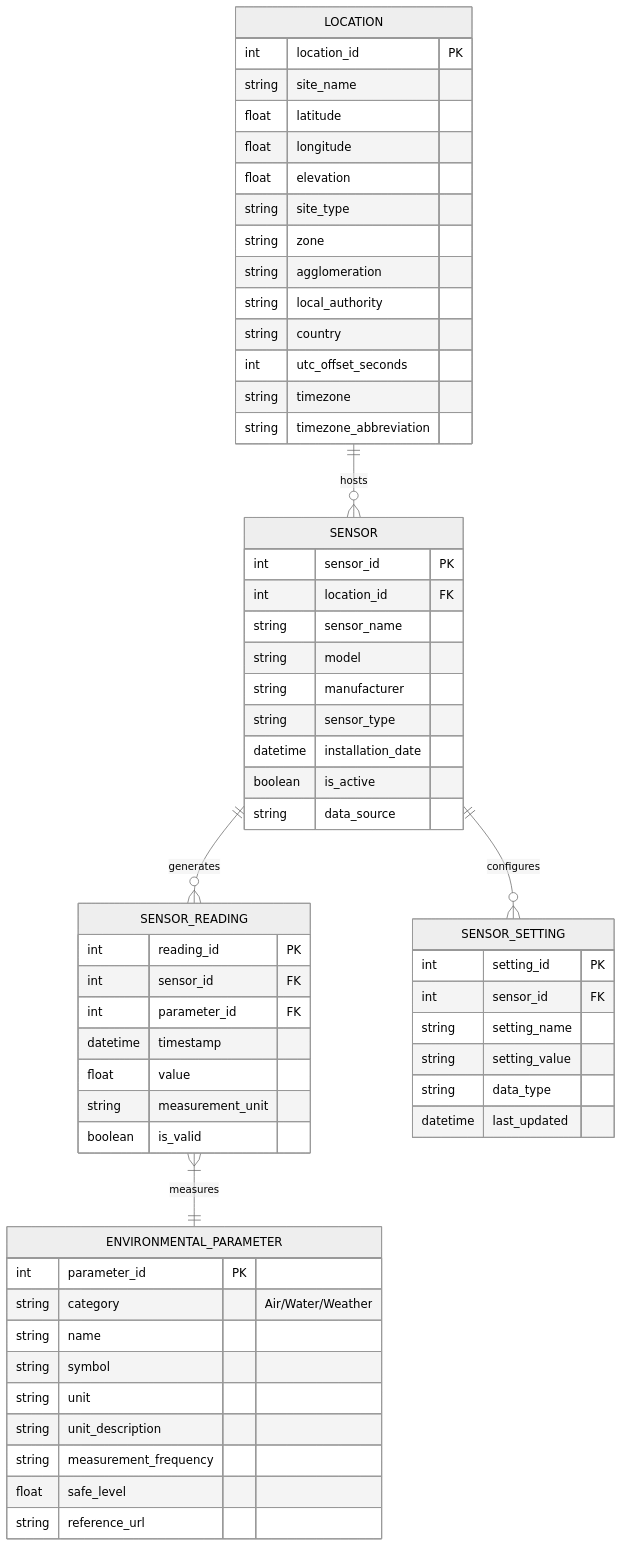
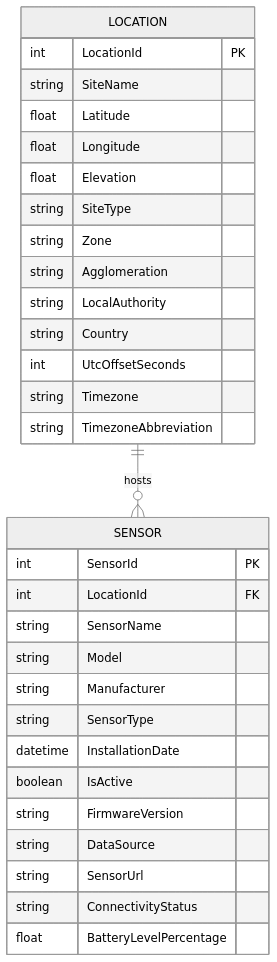
One commit to 40626785/Environment-Manager changed the diagram in sensorERD.md. Above: the diagram before and after it, drawn with Mermaid (neutral theme). The commit also changed 11 other files, not shown here.

Commit message:
Add sensor class diagram and update related files

````diff
--- a/sensorERD.md
+++ b/sensorERD.md
@@ -1,66 +1,36 @@
 ```mermaid
 erDiagram
-    SENSOR ||--o{ SENSOR_READING : generates
-    SENSOR_READING }|--|| ENVIRONMENTAL_PARAMETER : measures
-    SENSOR ||--o{ SENSOR_SETTING : configures
     LOCATION ||--o{ SENSOR : hosts
     
     LOCATION {
-        int location_id PK
-        string site_name
-        float latitude
-        float longitude
-        float elevation
-        string site_type
-        string zone
-        string agglomeration
-        string local_authority
-        string country
-        int utc_offset_seconds
-        string timezone
-        string timezone_abbreviation
+        int LocationId PK
+        string SiteName
+        float Latitude
+        float Longitude
+        float Elevation
+        string SiteType
+        string Zone
+        string Agglomeration
+        string LocalAuthority
+        string Country
+        int UtcOffsetSeconds
+        string Timezone
+        string TimezoneAbbreviation
     }
     
     SENSOR {
-        int sensor_id PK
-        int location_id FK
-        string sensor_name
-        string model
-        string manufacturer
-        string sensor_type
-        datetime installation_date
-        boolean is_active
-        string data_source
-    }
-    
-    SENSOR_READING {
-        int reading_id PK
-        int sensor_id FK
-        int parameter_id FK
-        datetime timestamp
-        float value
-        string measurement_unit
-        boolean is_valid
-    }
-    
-    ENVIRONMENTAL_PARAMETER {
-        int parameter_id PK
-        string category "Air/Water/Weather"
-        string name
-        string symbol
-        string unit
-        string unit_description
-        string measurement_frequency
-        float safe_level
-        string reference_url
-    }
-    
-    SENSOR_SETTING {
-        int setting_id PK
-        int sensor_id FK
-        string setting_name
-        string setting_value
-        string data_type
-        datetime last_updated
+        int SensorId PK
+        int LocationId FK
+        string SensorName
+        string Model
+        string Manufacturer
+        string SensorType
+        datetime InstallationDate
+        boolean IsActive
+        string FirmwareVersion
+        string DataSource
+        string SensorUrl
+        string ConnectivityStatus
+        float BatteryLevelPercentage
     }
 ```
````
